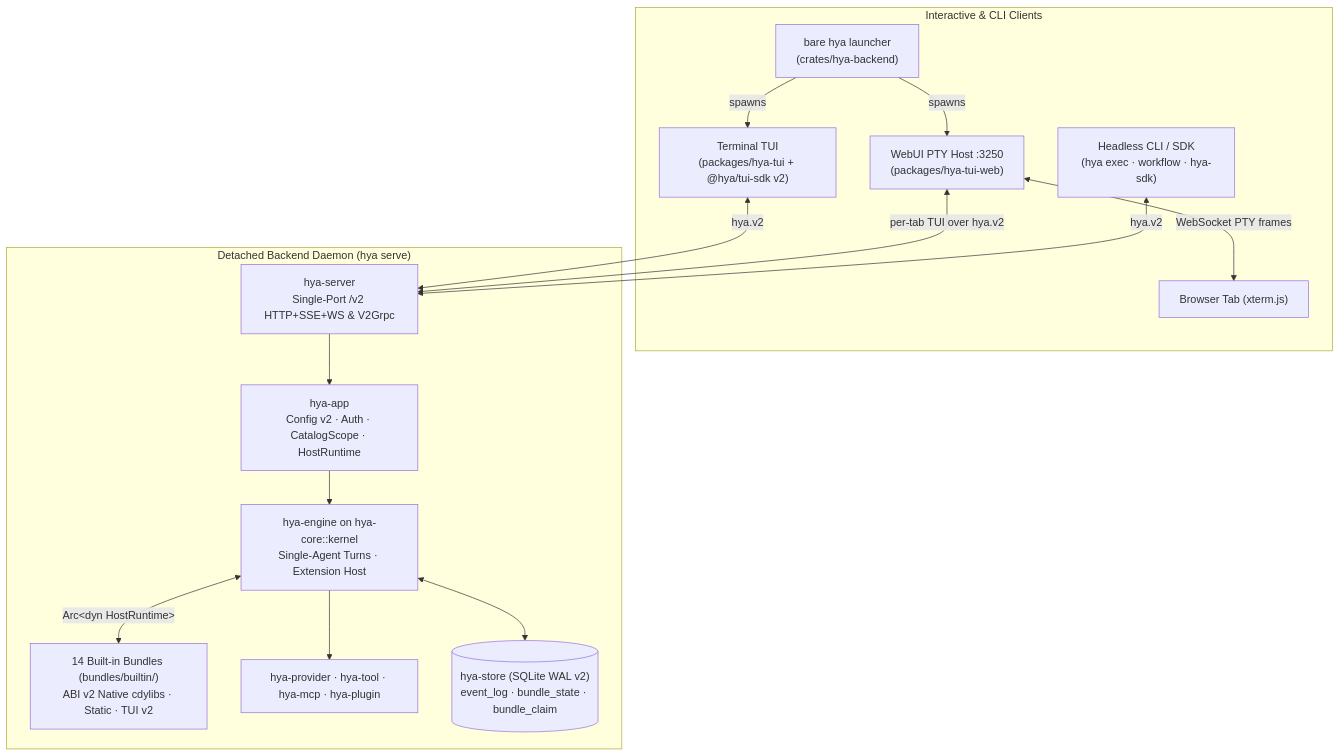
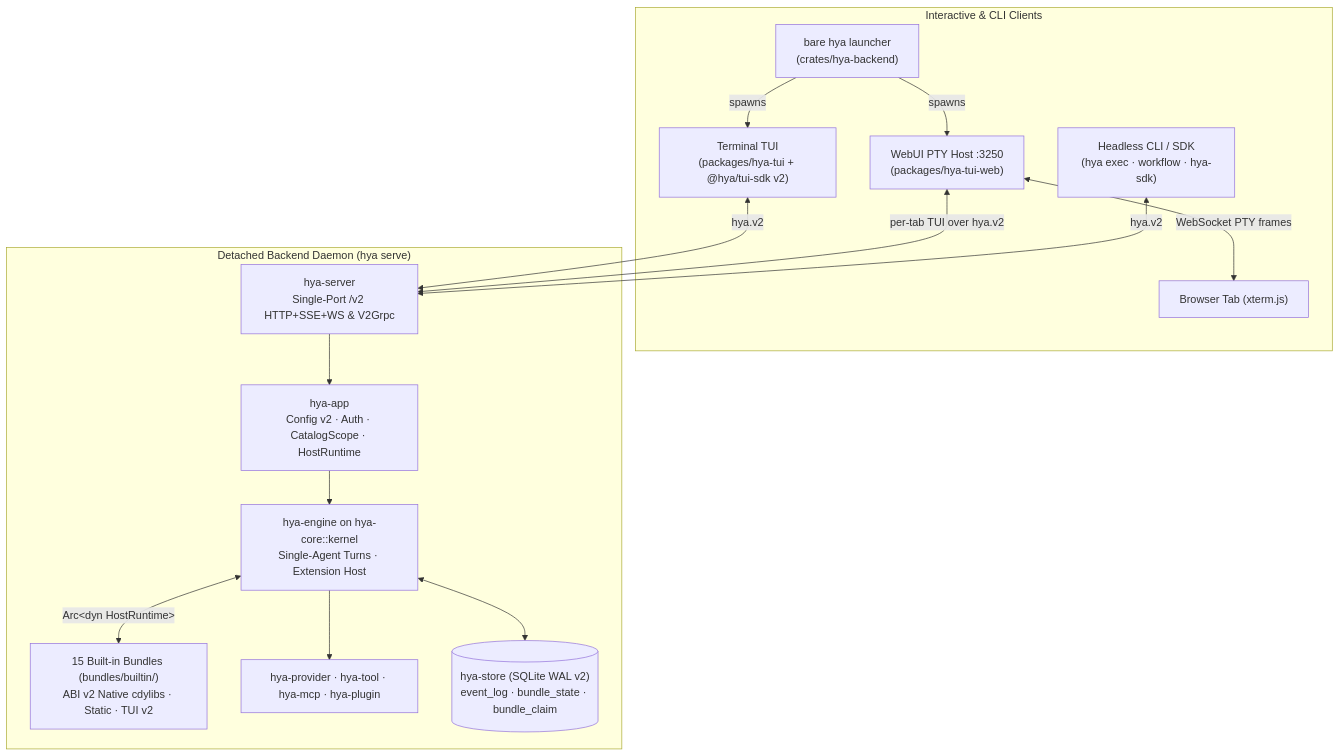
Before and after one commit to anyin233/hya: the diagram in docs/architecture/overview.md, drawn with Mermaid. The commit also changed other lines of this file and 49 other files, not shown here.

````diff
--- a/docs/architecture/overview.md
+++ b/docs/architecture/overview.md
@@ -54,32 +54,32 @@
 ```mermaid
 flowchart TB
     subgraph ClientSide["Interactive & CLI Clients"]
         Bare["bare hya launcher<br/>(crates/hya-backend)"]
         TUI["Terminal TUI<br/>(packages/hya-tui + @hya/tui-sdk v2)"]
         Web["WebUI PTY Host :3250<br/>(packages/hya-tui-web)"]
         Browser["Browser Tab (xterm.js)"]
         CLI["Headless CLI / SDK<br/>(hya exec · workflow · hya-sdk)"]
 
         Bare -->|spawns| TUI
         Bare -->|spawns| Web
         Web <-->|WebSocket PTY frames| Browser
     end
 
     subgraph Daemon["Detached Backend Daemon (hya serve)"]
         Server["hya-server<br/>Single-Port /v2 HTTP+SSE+WS & V2Grpc"]
         App["hya-app<br/>Config v2 · Auth · CatalogScope · HostRuntime"]
         Engine["hya-engine on hya-core::kernel<br/>Single-Agent Turns · Extension Host"]
-        Bundles["14 Built-in Bundles (bundles/builtin/)<br/>ABI v2 Native cdylibs · Static · TUI v2"]
+        Bundles["15 Built-in Bundles (bundles/builtin/)<br/>ABI v2 Native cdylibs · Static · TUI v2"]
         Planes["hya-provider · hya-tool · hya-mcp · hya-plugin"]
         Store[("hya-store (SQLite WAL v2)<br/>event_log · bundle_state · bundle_claim")]
 
         Server --> App --> Engine
         Engine <-->|Arc&lt;dyn HostRuntime&gt;| Bundles
         Engine --> Planes
         Engine <--> Store
     end
 
     TUI <-->|hya.v2| Server
     Web <-->|per-tab TUI over hya.v2| Server
     CLI <-->|hya.v2| Server
 ```
````
